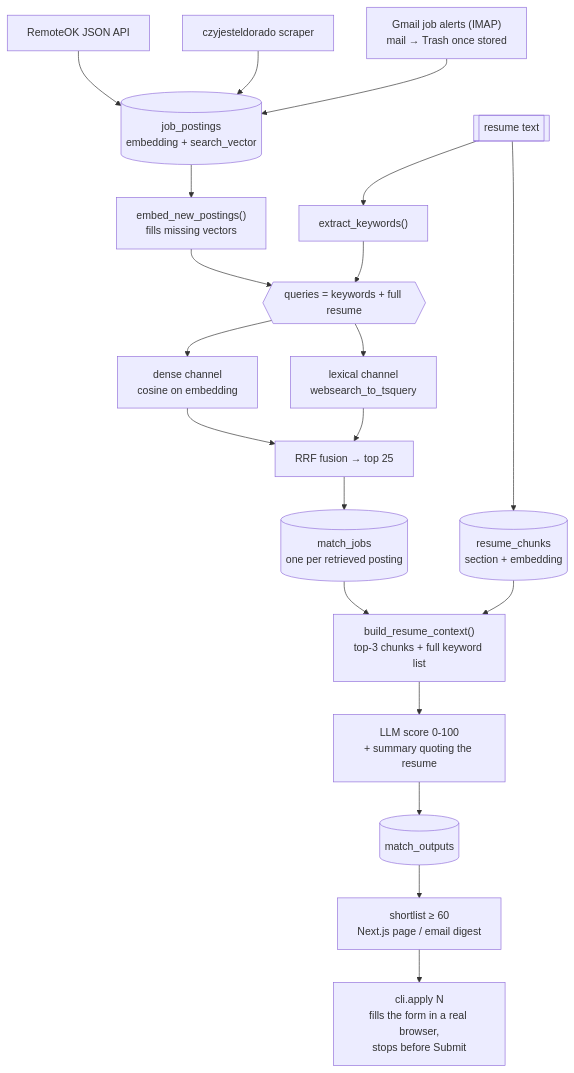
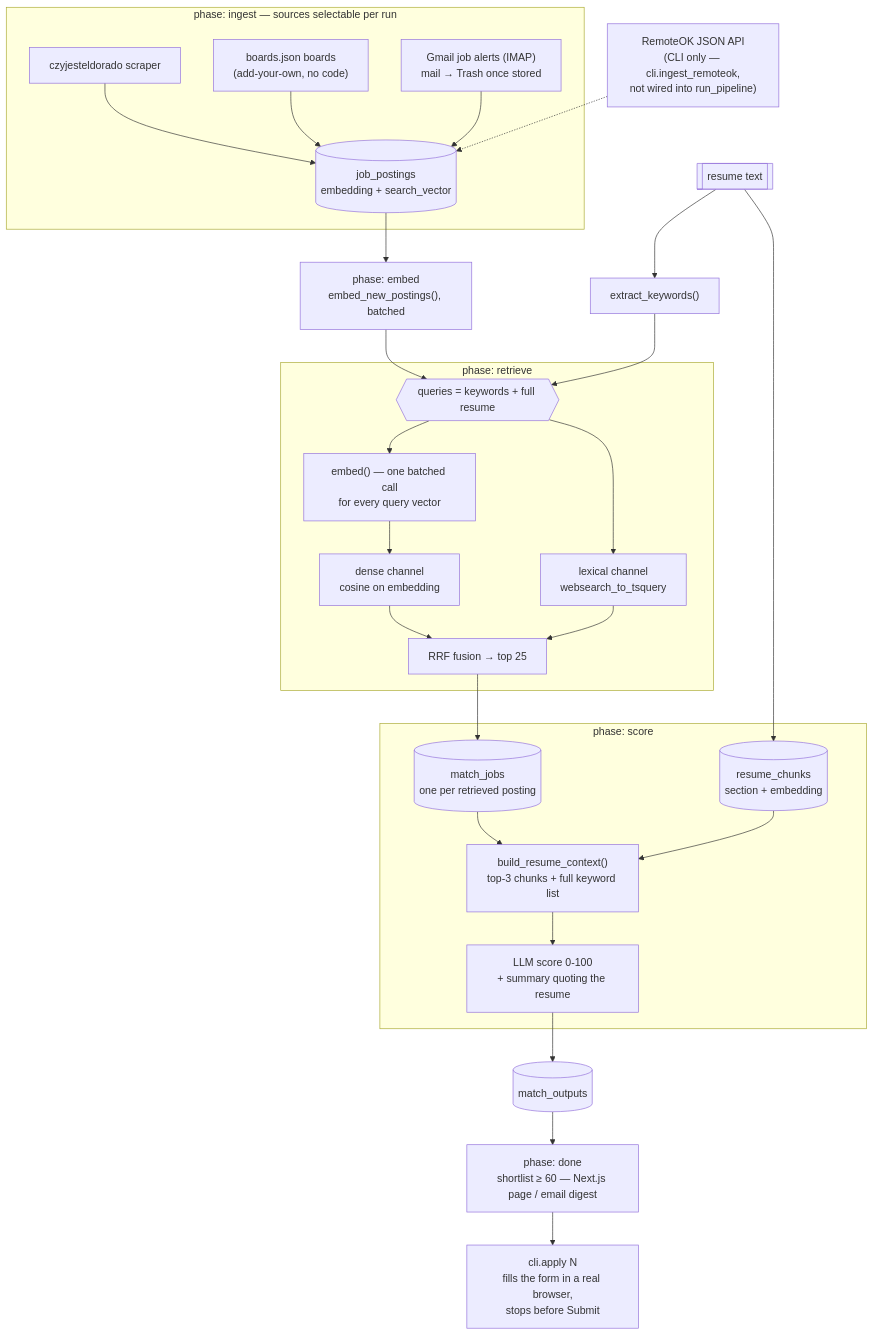
One commit to not-aesthetic-code/JobSearch changed the diagram in docs/architecture.md. Above: the diagram before and after it, drawn with Mermaid. The commit also changed other lines of this file and 10 other files, not shown here.

````diff
--- a/docs/architecture.md
+++ b/docs/architecture.md
@@ -7,27 +7,39 @@
 ```mermaid
 flowchart TD
-    RO[RemoteOK JSON API] --> JP
-    ED[czyjesteldorado scraper] --> JP
-    GM["Gmail job alerts (IMAP)<br/>mail → Trash once stored"] --> JP
+    subgraph PHASE_INGEST["phase: ingest — sources selectable per run"]
+        ED[czyjesteldorado scraper] --> JP
+        BD["boards.json boards<br/>(add-your-own, no code)"] --> JP
+        GM["Gmail job alerts (IMAP)<br/>mail → Trash once stored"] --> JP
+    end
+    RO["RemoteOK JSON API<br/>(CLI only — cli.ingest_remoteok,<br/>not wired into run_pipeline)"] -.-> JP
 
-    JP[("job_postings<br/>embedding + search_vector")] --> EMB["embed_new_postings()<br/>fills missing vectors"]
+    JP[("job_postings<br/>embedding + search_vector")]
+
+    JP --> EMB["phase: embed<br/>embed_new_postings(), batched"]
 
     CV[["resume text"]] --> KW["extract_keywords()"]
     CV --> RC[("resume_chunks<br/>section + embedding")]
 
     KW --> Q{{"queries = keywords + full resume"}}
     EMB --> Q
 
-    Q --> DENSE["dense channel<br/>cosine on embedding"]
-    Q --> LEX["lexical channel<br/>websearch_to_tsquery"]
-    DENSE --> RRF["RRF fusion → top 25"]
-    LEX --> RRF
+    subgraph PHASE_RETRIEVE["phase: retrieve"]
+        Q --> QV["embed() — one batched call<br/>for every query vector"]
+        QV --> DENSE["dense channel<br/>cosine on embedding"]
+        Q --> LEX["lexical channel<br/>websearch_to_tsquery"]
+        DENSE --> RRF["RRF fusion → top 25"]
+        LEX --> RRF
+    end
 
     RRF --> MJ[("match_jobs<br/>one per retrieved posting")]
-    MJ --> CTX["build_resume_context()<br/>top-3 chunks + full keyword list"]
-    RC --> CTX
-    CTX --> LLM["LLM score 0-100<br/>+ summary quoting the resume"]
+
+    subgraph PHASE_SCORE["phase: score"]
+        MJ --> CTX["build_resume_context()<br/>top-3 chunks + full keyword list"]
+        RC --> CTX
+        CTX --> LLM["LLM score 0-100<br/>+ summary quoting the resume"]
+    end
+
     LLM --> MO[("match_outputs")]
-    MO --> OUT["shortlist ≥ 60<br/>Next.js page / email digest"]
+    MO --> OUT["phase: done<br/>shortlist ≥ 60 — Next.js page / email digest"]
     OUT --> APPLY["cli.apply N<br/>fills the form in a real browser,<br/>stops before Submit"]
 ```
````
